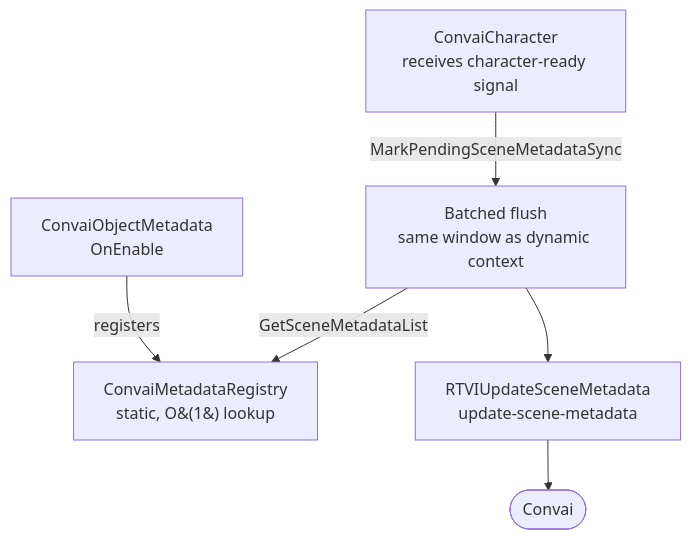
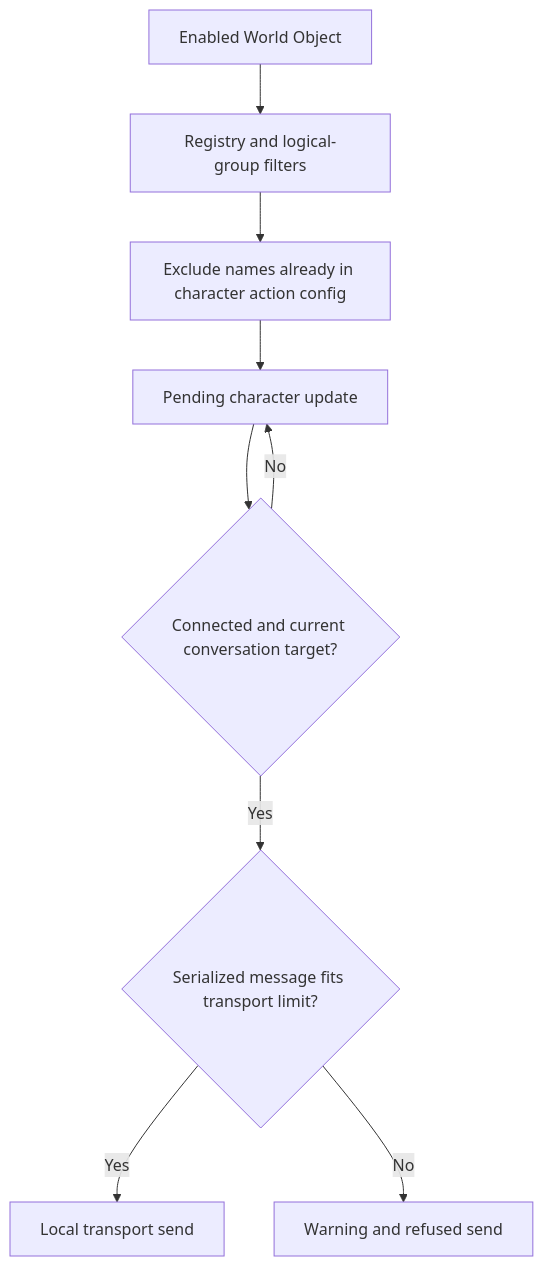
The diagram in plugins-and-integrations/convai-unity-sdk/features/scene-metadata/how-scene-metadata-works.md (Conv-AI/Convai-Documentation), drawn with Mermaid before and after one commit. The commit also changed other lines of this file and 45 other files, not shown here.

Commit message:
docs(unity): cover memory scene metadata and shared rooms

````diff
--- a/plugins-and-integrations/convai-unity-sdk/features/scene-metadata/how-scene-metadata-works.md
+++ b/plugins-and-integrations/convai-unity-sdk/features/scene-metadata/how-scene-metadata-works.md
@@ -15,8 +15,11 @@
 ```mermaid
 flowchart TD
-    A[ConvaiObjectMetadata\nOnEnable] -->|registers| B[ConvaiMetadataRegistry\nstatic, O&#40;1&#41; lookup]
-    C[ConvaiCharacter\nreceives character-ready signal] -->|MarkPendingSceneMetadataSync| D[Batched flush\nsame window as dynamic context]
-    D -->|GetSceneMetadataList| B
-    D --> E[RTVIUpdateSceneMetadata\nupdate-scene-metadata]
-    E --> F([Convai])
+    A[Enabled World Object] --> B[Registry and logical-group filters]
+    B --> C[Exclude names already in character action config]
+    C --> D[Pending character update]
+    D --> E{Connected and current conversation target?}
+    E -->|No| D
+    E -->|Yes| F{Serialized message fits transport limit?}
+    F -->|Yes| G[Local transport send]
+    F -->|No| H[Warning and refused send]
 ```
````
